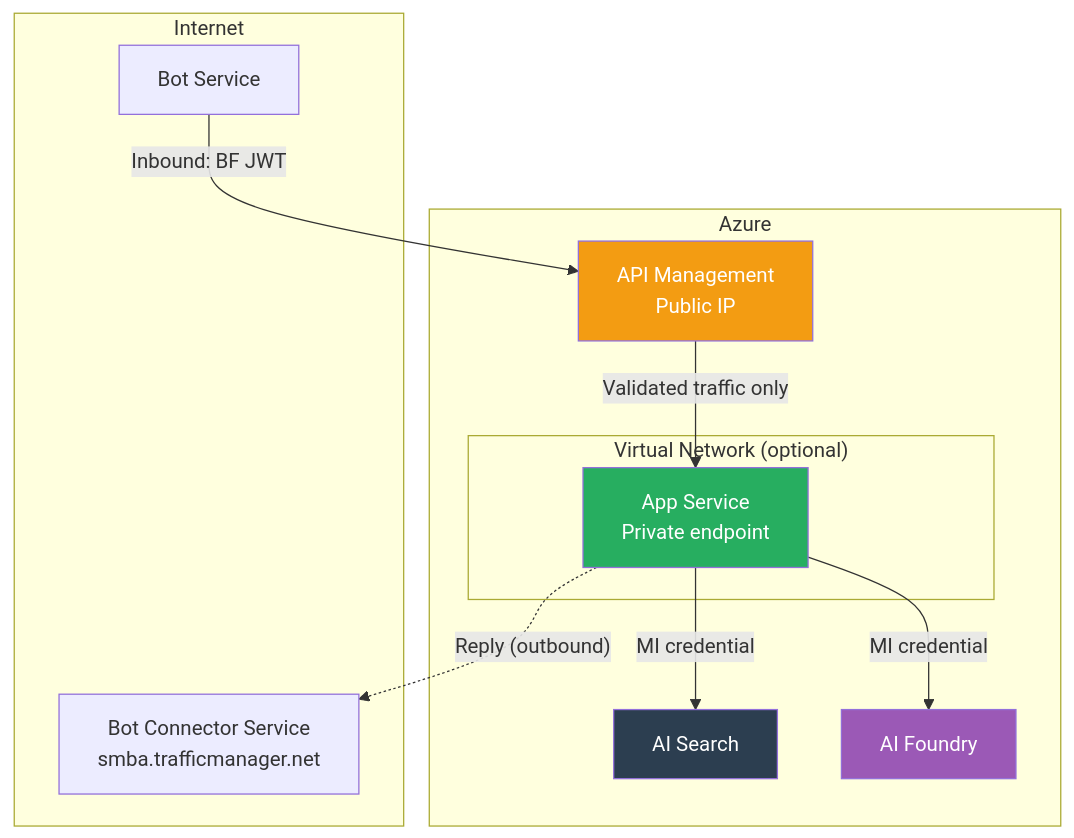
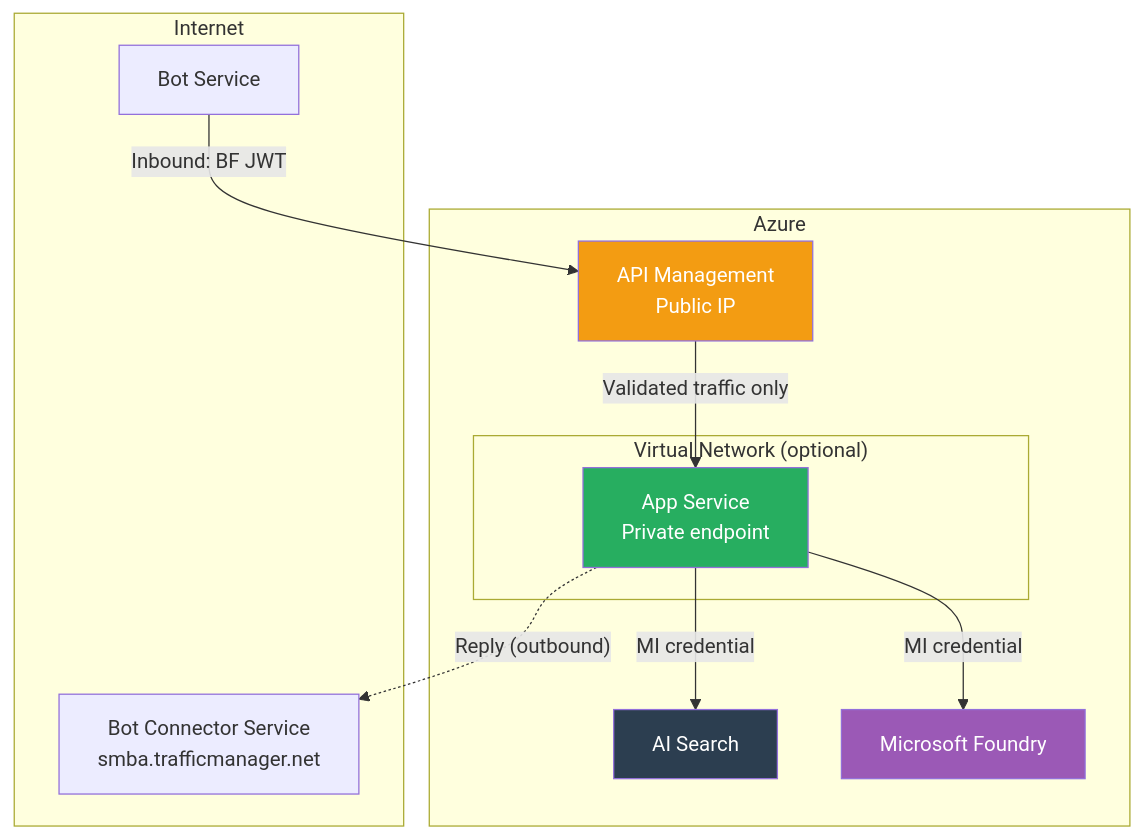
The fourth of 4 diagrams in docs/architecture.md (Azure-Samples/bring-your-own-agent-to-m365-accelerator), drawn with Mermaid before and after one commit. The commit also changed other lines of this file and 1 other file, not shown here.

Commit message:
docs: rename Azure AI Foundry to Microsoft Foundry

````diff
--- a/docs/architecture.md
+++ b/docs/architecture.md
@@ -199,27 +199,27 @@
 ```mermaid
 flowchart TB
     subgraph INTERNET["Internet"]
         BotSvc["Bot Service"]
         BotConnector["Bot Connector Service<br/>smba.trafficmanager.net"]
     end
 
     subgraph AZURE["Azure"]
         APIM["API Management<br/>Public IP"]
         subgraph VNET["Virtual Network (optional)"]
             AppSvc["App Service<br/>Private endpoint"]
         end
         Search["AI Search"]
-        Foundry["AI Foundry"]
+        Foundry["Microsoft Foundry"]
     end
 
     BotSvc -->|"Inbound: BF JWT"| APIM
     APIM -->|"Validated traffic only"| AppSvc
     AppSvc -->|"MI credential"| Search
     AppSvc -->|"MI credential"| Foundry
     AppSvc -.->|"Reply (outbound)"| BotConnector
 
     style APIM fill:#f39c12,color:#fff
     style AppSvc fill:#27ae60,color:#fff
     style Search fill:#2c3e50,color:#fff
     style Foundry fill:#9b59b6,color:#fff
 ```
````
